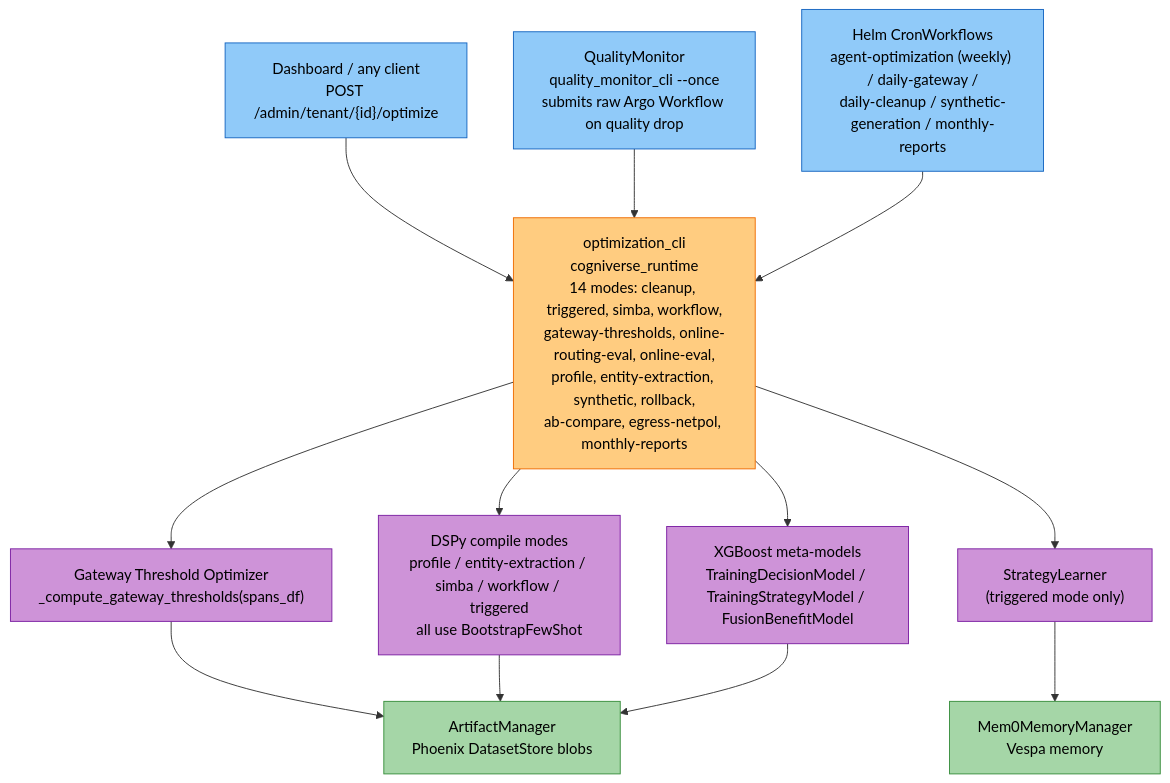
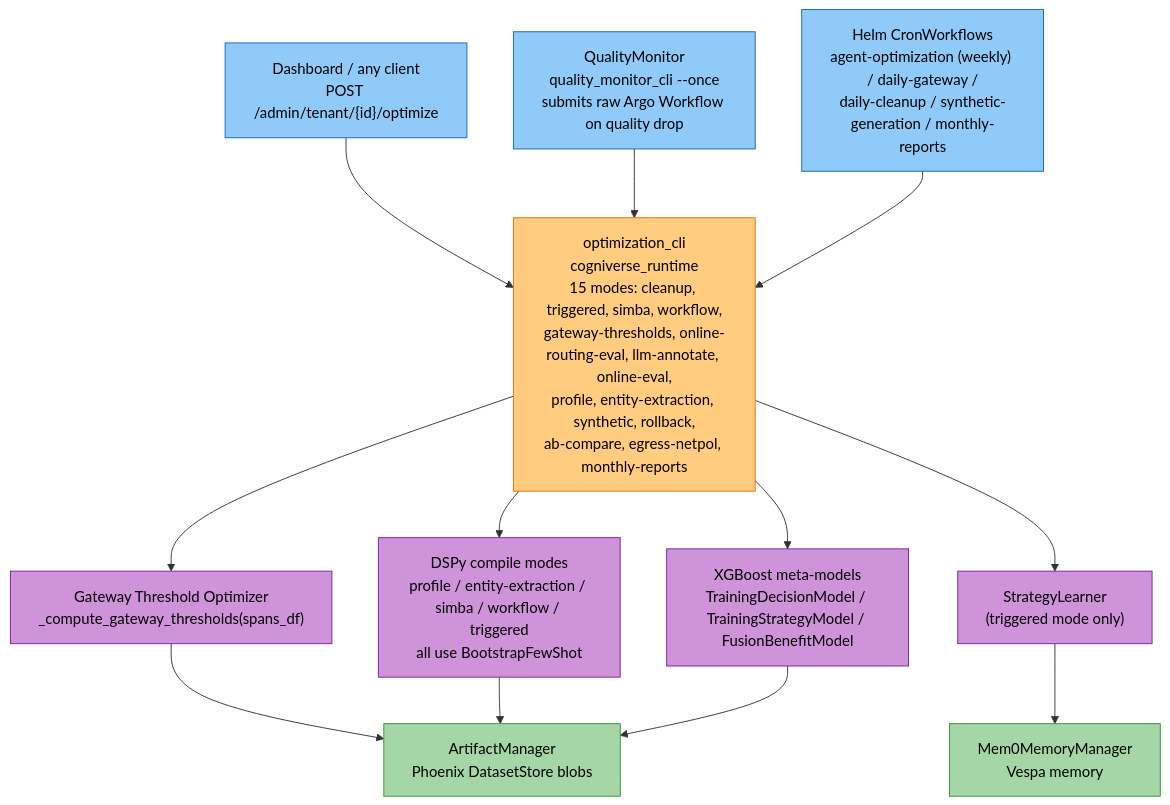
Before and after one commit to amit-jain/cogniverse: the first of 4 diagrams in docs/modules/optimization.md, drawn with Mermaid. The commit also changed other lines of this file and 27 other files, not shown here.

````diff
--- a/docs/modules/optimization.md
+++ b/docs/modules/optimization.md
@@ -153,33 +154,33 @@
 ```mermaid
 flowchart TB
     Dashboard["<span style='color:#000'>Dashboard / any client<br/>POST /admin/tenant/{id}/optimize</span>"]
     QM["<span style='color:#000'>QualityMonitor<br/>quality_monitor_cli --once<br/>submits raw Argo Workflow on quality drop</span>"]
     Cron["<span style='color:#000'>Helm CronWorkflows<br/>agent-optimization (weekly) / daily-gateway /<br/>daily-cleanup / synthetic-generation / monthly-reports</span>"]
 
     Dashboard --> OptCLI
     QM --> OptCLI
     Cron --> OptCLI
 
-    OptCLI["<span style='color:#000'>optimization_cli<br/>cogniverse_runtime<br/>14 modes: cleanup, triggered, simba, workflow,<br/>gateway-thresholds, online-routing-eval, online-eval,<br/>profile, entity-extraction, synthetic, rollback,<br/>ab-compare, egress-netpol, monthly-reports</span>"]
+    OptCLI["<span style='color:#000'>optimization_cli<br/>cogniverse_runtime<br/>15 modes: cleanup, triggered, simba, workflow,<br/>gateway-thresholds, online-routing-eval, llm-annotate, online-eval,<br/>profile, entity-extraction, synthetic, rollback,<br/>ab-compare, egress-netpol, monthly-reports</span>"]
 
     OptCLI --> GatewayOpt["<span style='color:#000'>Gateway Threshold Optimizer<br/>_compute_gateway_thresholds(spans_df)</span>"]
     OptCLI --> DSPyModes["<span style='color:#000'>DSPy compile modes<br/>profile / entity-extraction / simba / workflow / triggered<br/>all use BootstrapFewShot</span>"]
     OptCLI --> Meta["<span style='color:#000'>XGBoost meta-models<br/>TrainingDecisionModel / TrainingStrategyModel / FusionBenefitModel</span>"]
     OptCLI --> Strategy["<span style='color:#000'>StrategyLearner<br/>(triggered mode only)</span>"]
 
     GatewayOpt --> AM["<span style='color:#000'>ArtifactManager<br/>Phoenix DatasetStore blobs</span>"]
     DSPyModes --> AM
     Meta --> AM
     Strategy --> Mem0["<span style='color:#000'>Mem0MemoryManager<br/>Vespa memory</span>"]
 
     style Dashboard fill:#90caf9,stroke:#1565c0,color:#000
     style QM fill:#90caf9,stroke:#1565c0,color:#000
     style Cron fill:#90caf9,stroke:#1565c0,color:#000
     style OptCLI fill:#ffcc80,stroke:#ef6c00,color:#000
     style GatewayOpt fill:#ce93d8,stroke:#7b1fa2,color:#000
     style DSPyModes fill:#ce93d8,stroke:#7b1fa2,color:#000
     style Meta fill:#ce93d8,stroke:#7b1fa2,color:#000
     style Strategy fill:#ce93d8,stroke:#7b1fa2,color:#000
     style AM fill:#a5d6a7,stroke:#388e3c,color:#000
     style Mem0 fill:#a5d6a7,stroke:#388e3c,color:#000
 ```
````
